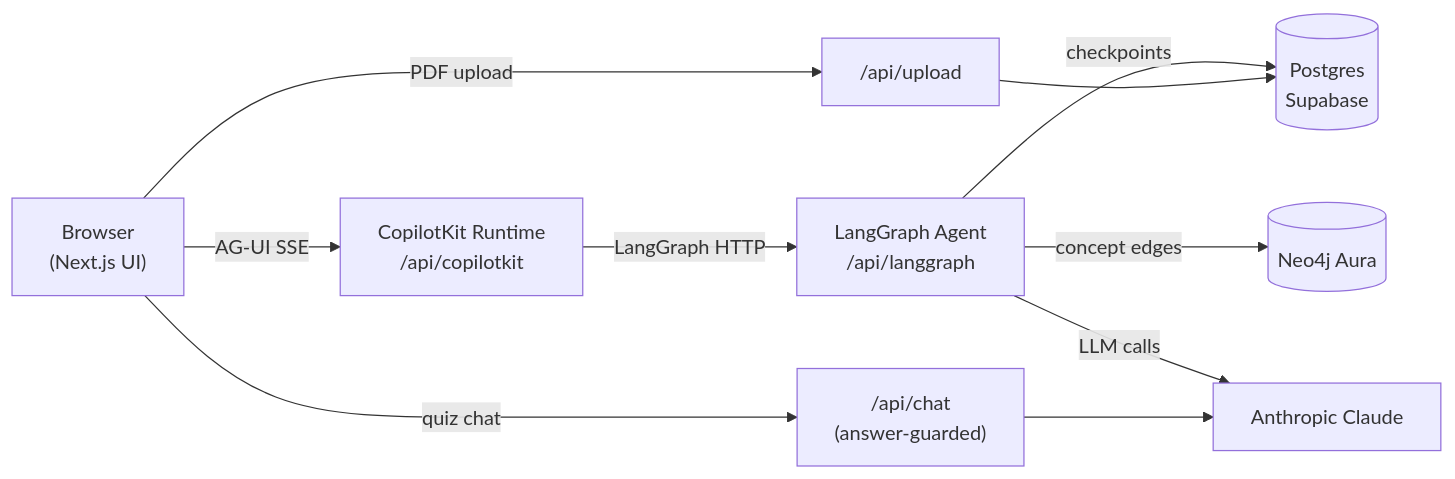
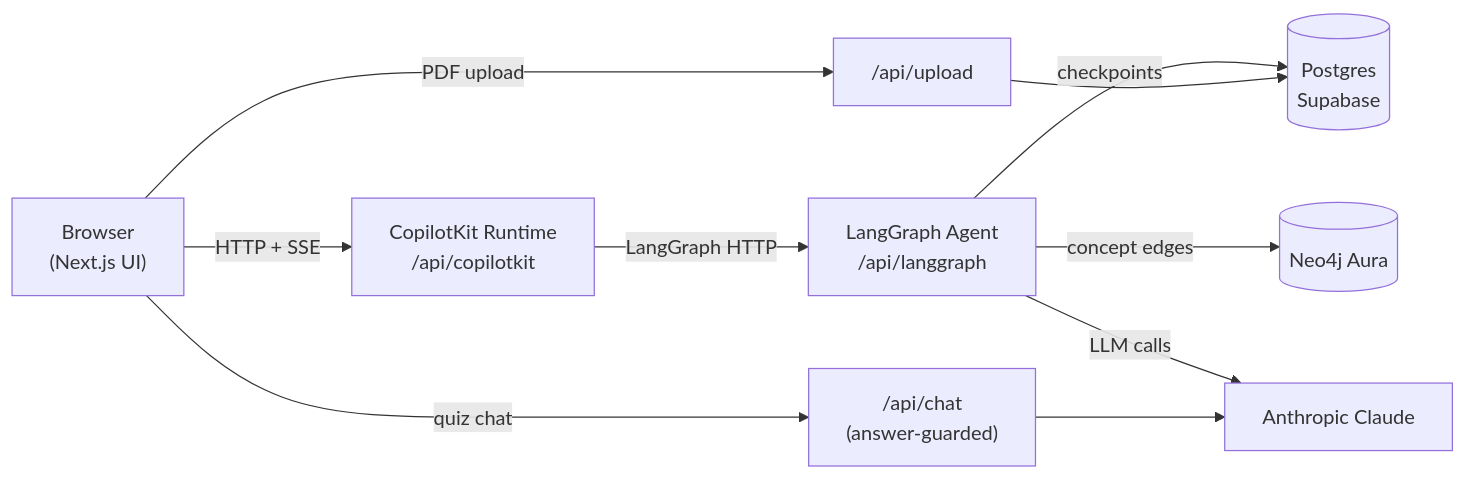
The first of 2 diagrams in README.md (harshithasompura/ai-lesson-agent), drawn with Mermaid before and after one commit. The commit also changed other lines of this file and 1 other file, not shown here.

````diff
--- a/README.md
+++ b/README.md
@@ -13,12 +41,12 @@
 ```mermaid
 graph LR
-    Browser["Browser\n(Next.js UI)"] -->|AG-UI SSE| CK["CopilotKit Runtime\n/api/copilotkit"]
+    Browser["Browser\n(Next.js UI)"] -->|HTTP + SSE| CK["CopilotKit Runtime\n/api/copilotkit"]
     CK -->|LangGraph HTTP| Graph["LangGraph Agent\n/api/langgraph"]
     Graph -->|checkpoints| PG[("Postgres\nSupabase")]
     Graph -->|concept edges| Neo4j[("Neo4j Aura")]
     Graph -->|LLM calls| Claude["Anthropic Claude"]
     Browser -->|PDF upload| Upload["/api/upload"]
     Upload --> PG
     Browser -->|quiz chat| Chat["/api/chat\n(answer-guarded)"]
     Chat --> Claude
 ```
````
